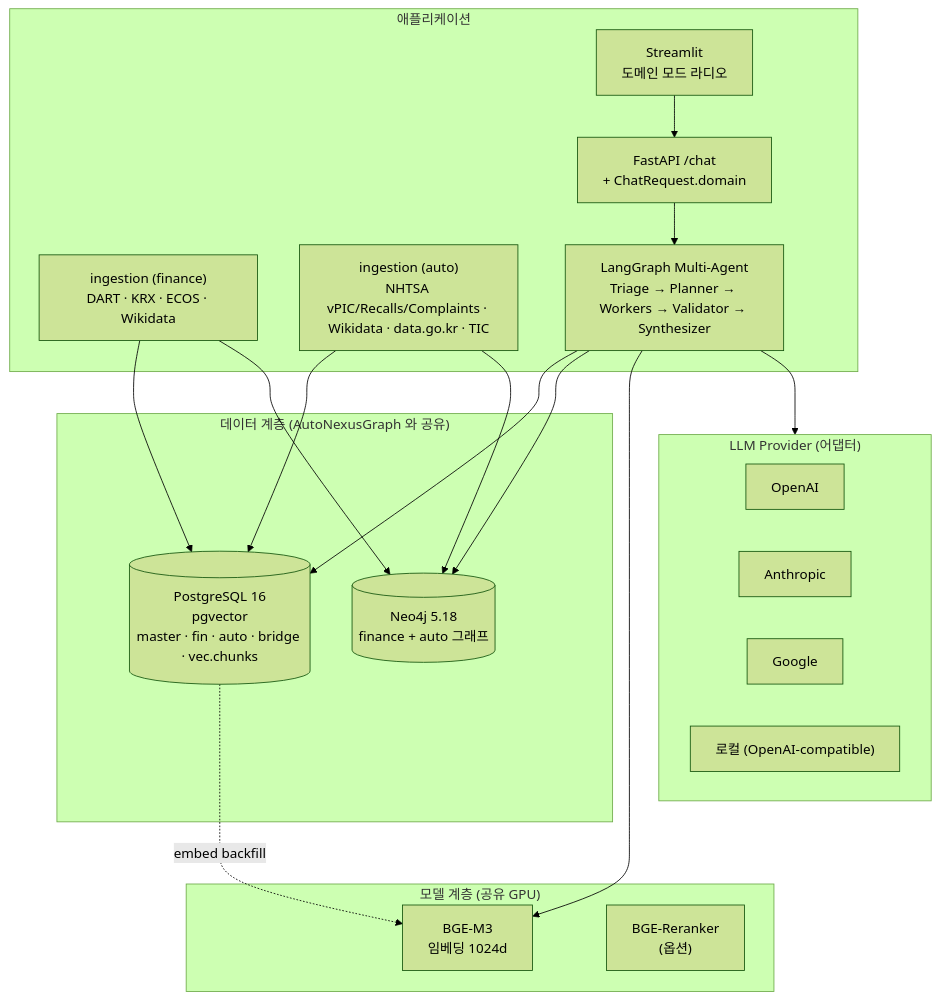
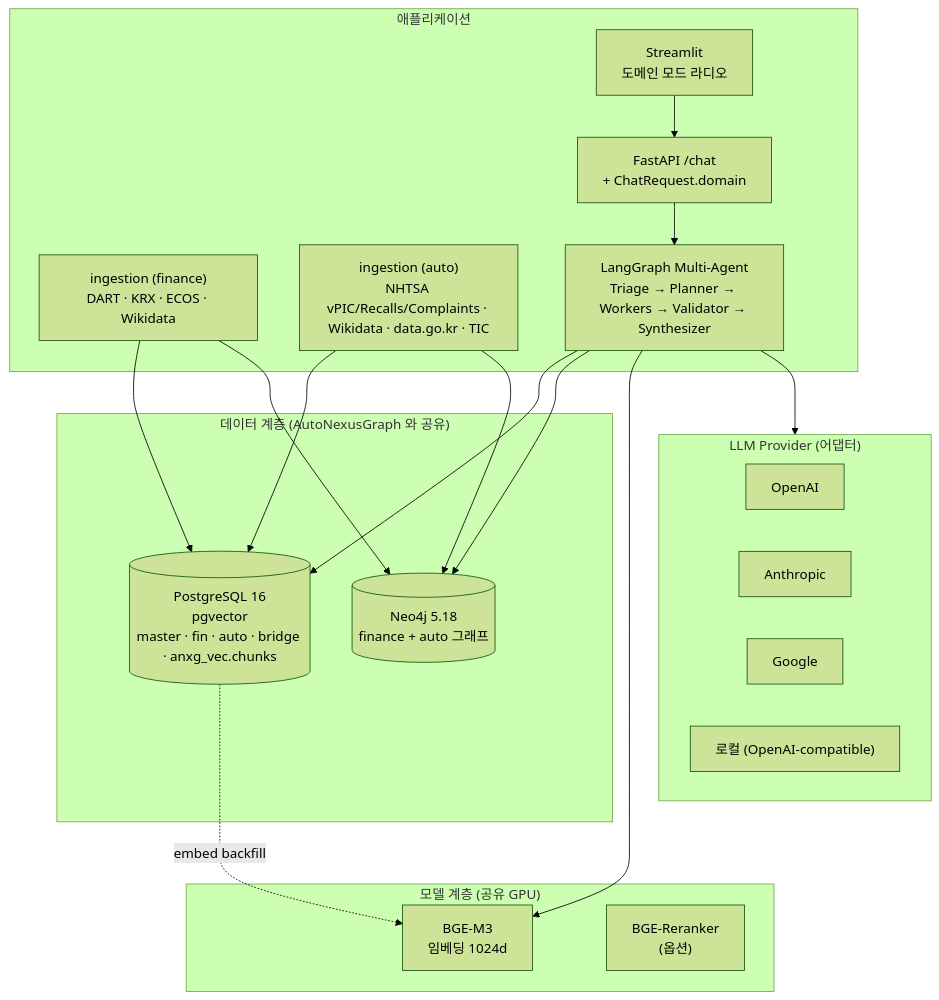
The first of 5 diagrams in docs/autograph.md (areumsim/AutoNexusGraph), drawn with Mermaid (forest theme) before and after one commit. The commit also changed other lines of this file and 25 other files, not shown here.

First line of the commit message:
docs: bare-schema → anxg_ 프리픽스 줄별 치환 (26개 문서, 634건) (#47)

````diff
--- a/docs/autograph.md
+++ b/docs/autograph.md
@@ -125,39 +125,39 @@
 ```mermaid
 flowchart TB
     subgraph DATA["데이터 계층 (AutoNexusGraph 와 공유)"]
-        PG[("PostgreSQL 16<br/>pgvector<br/>master · fin · auto · bridge · vec.chunks")]
+        PG[("PostgreSQL 16<br/>pgvector<br/>master · fin · auto · bridge · anxg_vec.chunks")]
         NEO[("Neo4j 5.18<br/>finance + auto 그래프")]
     end
 
     subgraph MODEL["모델 계층 (공유 GPU)"]
         BGE["BGE-M3<br/>임베딩 1024d"]
         RR["BGE-Reranker<br/>(옵션)"]
     end
 
     subgraph APP["애플리케이션"]
         ING_FIN["ingestion (finance)<br/>DART · KRX · ECOS · Wikidata"]
         ING_AUTO["ingestion (auto)<br/>NHTSA vPIC/Recalls/Complaints · Wikidata · data.go.kr · TIC"]
         API["FastAPI /chat<br/>+ ChatRequest.domain"]
         UI["Streamlit<br/>도메인 모드 라디오"]
         AGENT["LangGraph Multi-Agent<br/>Triage → Planner → Workers → Validator → Synthesizer"]
     end
 
     subgraph LLM["LLM Provider (어댑터)"]
         OPENAI["OpenAI"]
         ANTHROPIC["Anthropic"]
         GOOGLE["Google"]
         LOCAL["로컬 (OpenAI-compatible)"]
     end
 
     ING_FIN --> PG
     ING_FIN --> NEO
     ING_AUTO --> PG
     ING_AUTO --> NEO
     PG -. embed backfill .-> BGE
     AGENT --> PG
     AGENT --> NEO
     AGENT --> BGE
     AGENT --> LLM
     API --> AGENT
     UI --> API
 ```
````
